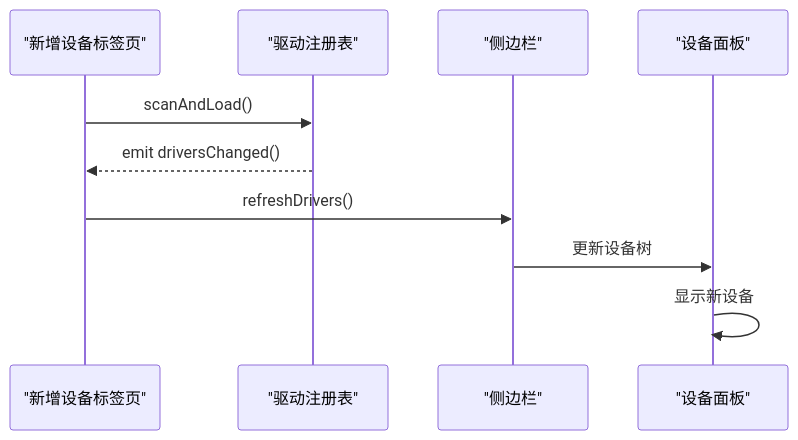
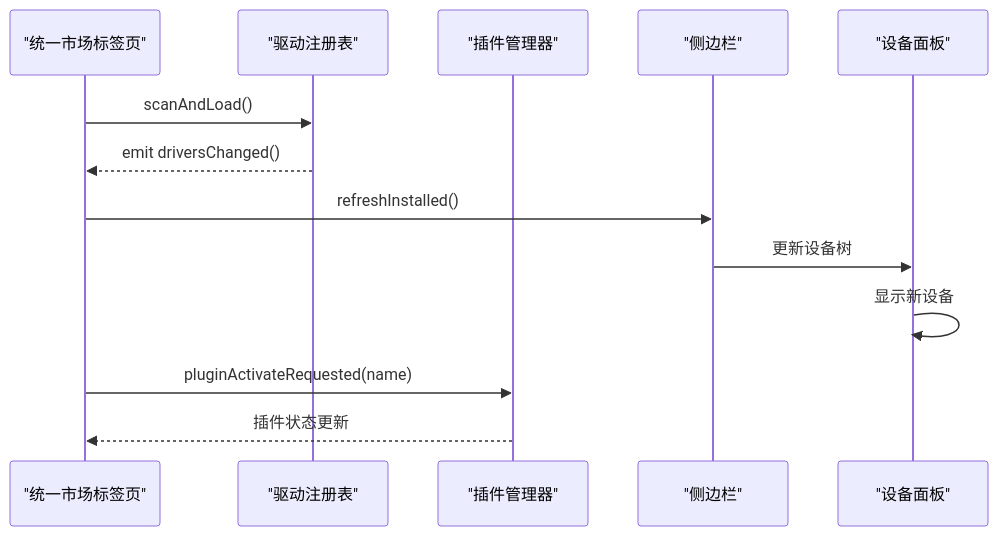
One commit to jakecai1225-design/OpenBus changed the fifth of 10 diagrams in .qoder/repowiki/zh/content/架构设计/插件系统架构/扩展面板系统.md. Above: the diagram before and after it, drawn with Mermaid. The commit also changed other lines of this file and 70 other files, not shown here.

````diff
--- a/.qoder/repowiki/zh/content/架构设计/插件系统架构/扩展面板系统.md
+++ b/.qoder/repowiki/zh/content/架构设计/插件系统架构/扩展面板系统.md
@@ -390,12 +290,15 @@
 ```mermaid
 sequenceDiagram
-participant ADT as "新增设备标签页"
+participant MT as "统一市场标签页"
 participant DR as "驱动注册表"
+participant PM as "插件管理器"
 participant SB as "侧边栏"
 participant DP as "设备面板"
-ADT->>DR : scanAndLoad()
-DR-->>ADT : emit driversChanged()
-ADT->>SB : refreshDrivers()
+MT->>DR : scanAndLoad()
+DR-->>MT : emit driversChanged()
+MT->>SB : refreshInstalled()
 SB->>DP : 更新设备树
 DP->>DP : 显示新设备
+MT->>PM : pluginActivateRequested(name)
+PM-->>MT : 插件状态更新
 ```
````
